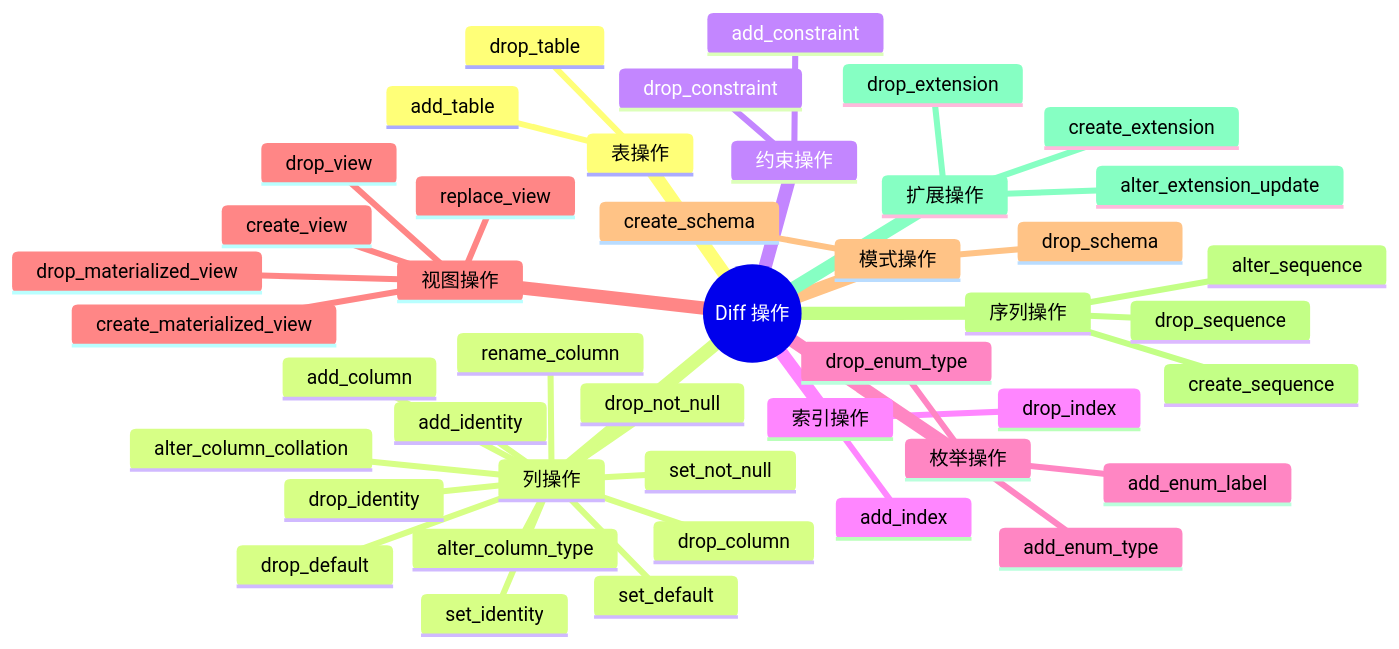
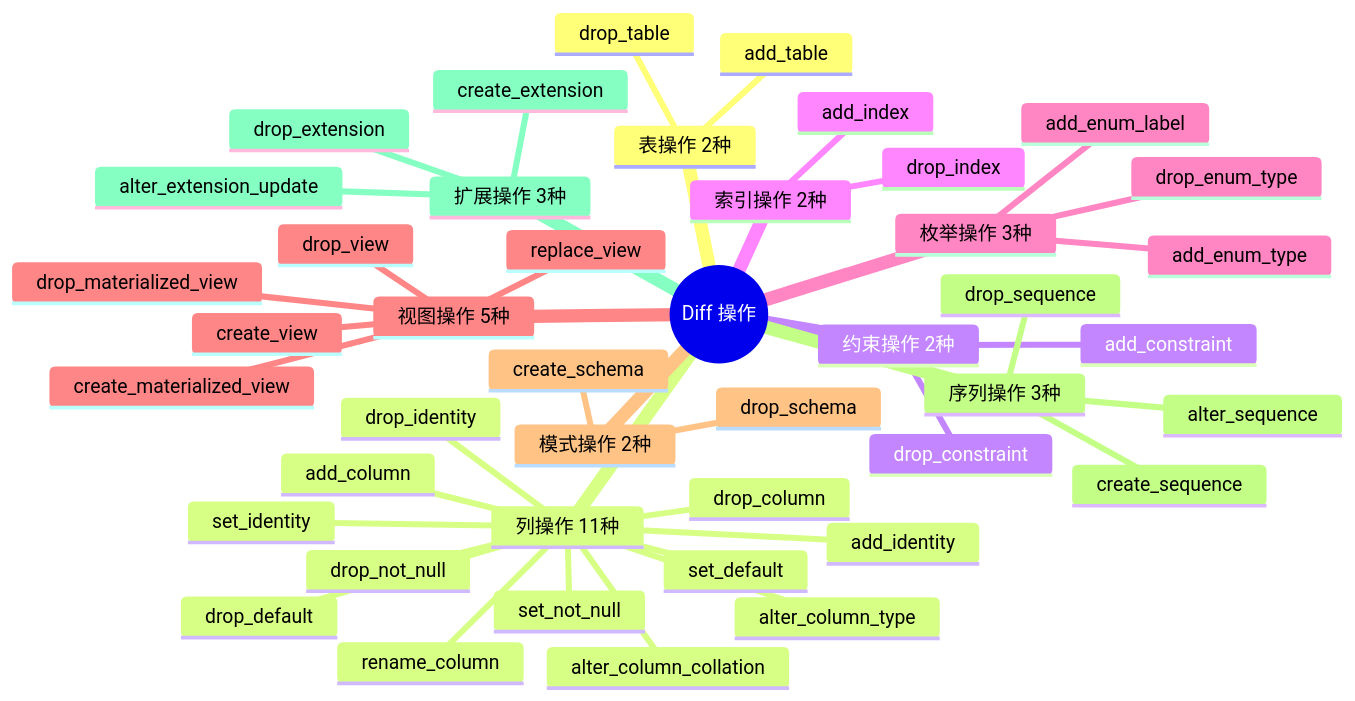
One commit to fred29910/migra-go changed the third of 5 diagrams in README.md. Above: the diagram before and after it, drawn with Mermaid. The commit also changed other lines of this file and 5 other files, not shown here.

````diff
--- a/README.md
+++ b/README.md
@@ -238,47 +238,47 @@
 ```mermaid
 mindmap
   root((Diff 操作))
-    表操作
+    表操作 2种
       add_table
       drop_table
-    列操作
+    列操作 11种
       add_column
       drop_column
       alter_column_type
       set_not_null
       drop_not_null
       set_default
       drop_default
       rename_column
       add_identity
       set_identity
       drop_identity
       alter_column_collation
-    约束操作
+    约束操作 2种
       add_constraint
       drop_constraint
-    索引操作
+    索引操作 2种
       add_index
       drop_index
-    枚举操作
+    枚举操作 3种
       add_enum_type
       drop_enum_type
       add_enum_label
-    视图操作
+    视图操作 5种
       create_view
       drop_view
       replace_view
       create_materialized_view
       drop_materialized_view
-    模式操作
+    模式操作 2种
       create_schema
       drop_schema
-    序列操作
+    序列操作 3种
       create_sequence
       drop_sequence
       alter_sequence
-    扩展操作
+    扩展操作 3种
       create_extension
       drop_extension
       alter_extension_update
 ```
````
